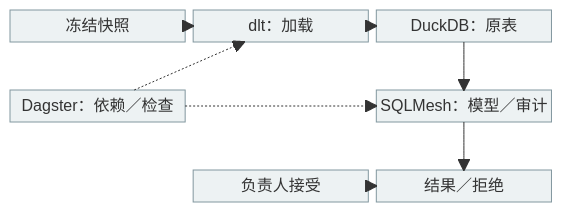
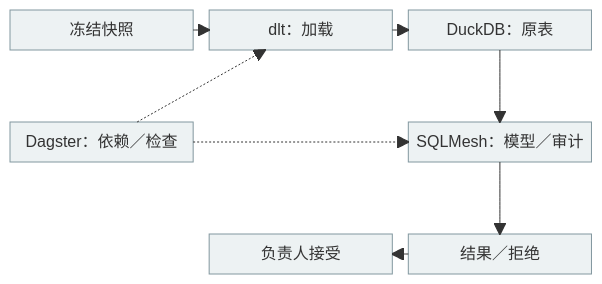
The diagram in diagrams/data-chain.mmd (HengYangDS/rethinking-work), drawn with Mermaid before and after one commit. The commit also changed 5 other files, not shown here.

```diff
--- a/diagrams/data-chain.mmd
+++ b/diagrams/data-chain.mmd
@@ -1,21 +1,26 @@
+---
+config:
+  block:
+    padding: 16
+---
 block-beta
  columns 3
  A["冻结快照"] B["dlt：加载"] C["DuckDB：原表"]
  space:3
  F["Dagster：依赖／检查"] space D["SQLMesh：模型／审计"]
  space:3
  space G["负责人接受"] E["结果／拒绝"]
  A --> B
  B --> C
  C --> D
  D --> E
  E --> G
  F -.-> B
  F -.-> D
  style A fill:#edf2f3,stroke:#82979f,color:#273b46,stroke-width:1px
  style B fill:#edf2f3,stroke:#82979f,color:#273b46,stroke-width:1px
  style C fill:#edf2f3,stroke:#82979f,color:#273b46,stroke-width:1px
  style D fill:#edf2f3,stroke:#82979f,color:#273b46,stroke-width:1px
  style E fill:#edf2f3,stroke:#82979f,color:#273b46,stroke-width:1px
  style F fill:#edf2f3,stroke:#82979f,color:#273b46,stroke-width:1px
  style G fill:#edf2f3,stroke:#82979f,color:#273b46,stroke-width:1px
```
